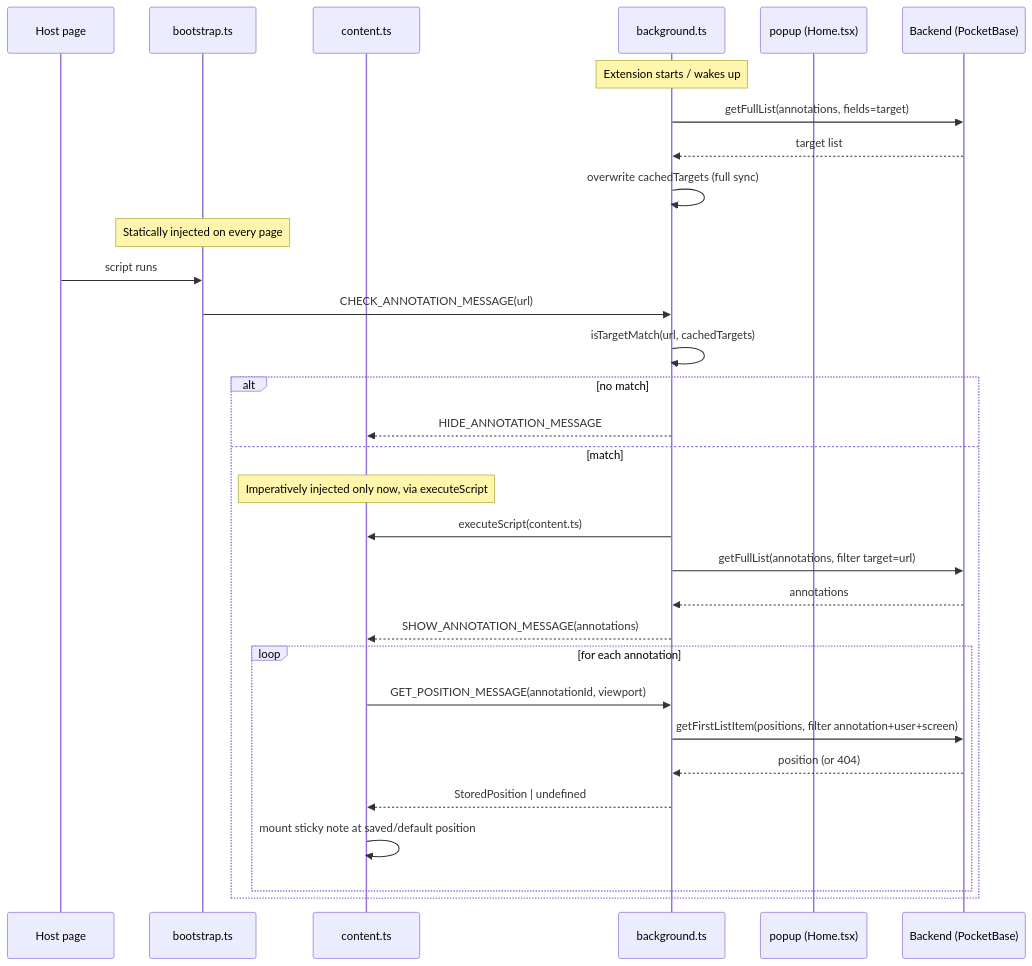
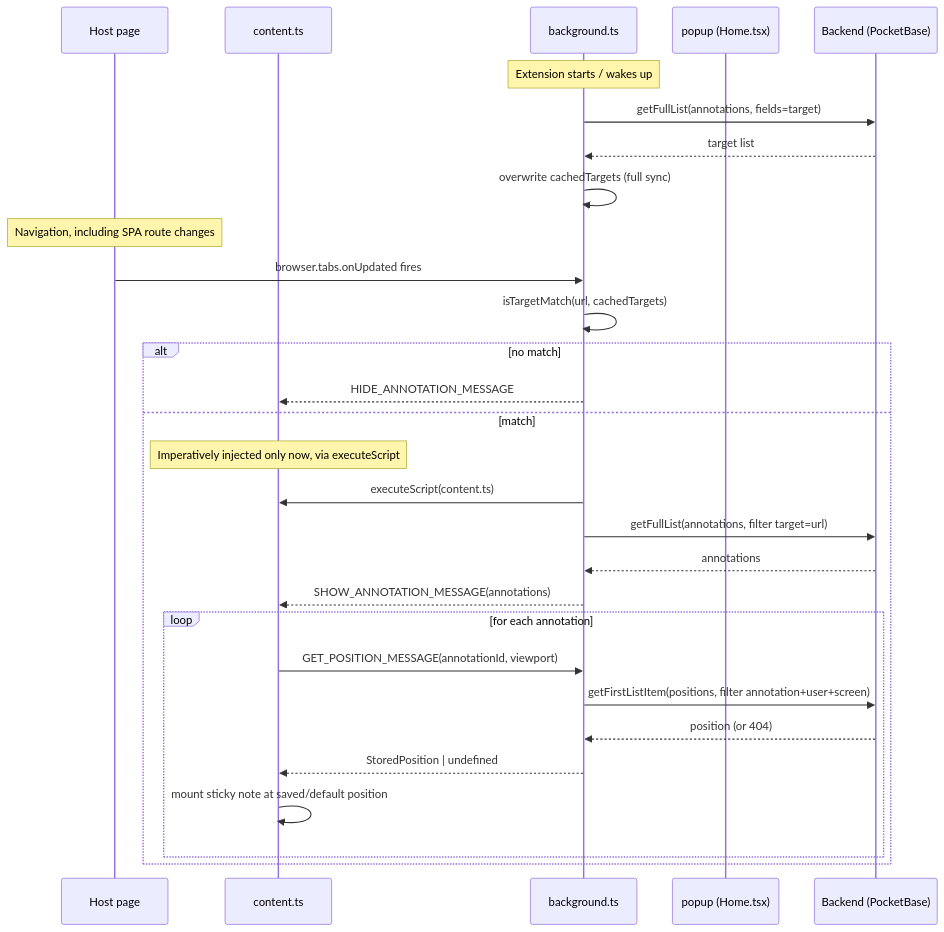
Before and after one commit to asano69/sticky-party: the diagram in docs/communication-architecture.md, drawn with Mermaid. The commit also changed other lines of this file and 7 other files, not shown here.

````diff
--- a/docs/communication-architecture.md
+++ b/docs/communication-architecture.md
@@ -45,37 +45,35 @@
 ```mermaid
 sequenceDiagram
     participant Page as Host page
-    participant Boot as bootstrap.ts
     participant Content as content.ts
     participant BG as background.ts
     participant Popup as popup (Home.tsx)
     participant PB as Backend (PocketBase)
 
     Note over BG: Extension starts / wakes up
     BG->>PB: getFullList(annotations, fields=target)
     PB-->>BG: target list
     BG->>BG: overwrite cachedTargets (full sync)
 
-    Note over Boot: Statically injected on every page
-    Page->>Boot: script runs
-    Boot->>BG: CHECK_ANNOTATION_MESSAGE(url)
+    Note over Page: Navigation, including SPA route changes
+    Page->>BG: browser.tabs.onUpdated fires
     BG->>BG: isTargetMatch(url, cachedTargets)
 
     alt no match
         BG-->>Content: HIDE_ANNOTATION_MESSAGE
     else match
         Note over Content: Imperatively injected only now, via executeScript
         BG->>Content: executeScript(content.ts)
         BG->>PB: getFullList(annotations, filter target=url)
         PB-->>BG: annotations
         BG-->>Content: SHOW_ANNOTATION_MESSAGE(annotations)
 
         loop for each annotation
             Content->>BG: GET_POSITION_MESSAGE(annotationId, viewport)
             BG->>PB: getFirstListItem(positions, filter annotation+user+screen)
             PB-->>BG: position (or 404)
             BG-->>Content: StoredPosition | undefined
             Content->>Content: mount sticky note at saved/default position
         end
     end
 ```
````
